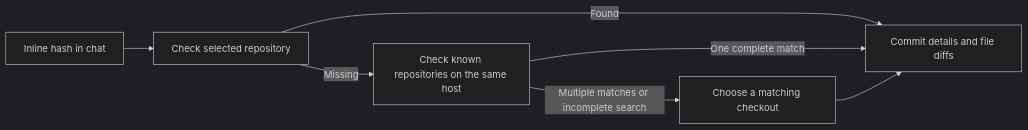
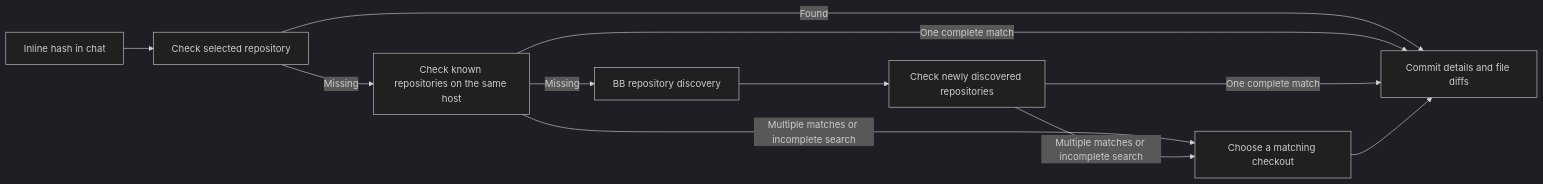
One commit to connorads/dotfiles changed the first of 6 diagrams in src/bb-plugins/git-glance/README.md. Above: the diagram before and after it, drawn with Mermaid (dark theme). The commit also changed other lines of this file and 3 other files, not shown here.

First line of the commit message:
Discover repositories after chat commit lookup misses

````diff
--- a/src/bb-plugins/git-glance/README.md
+++ b/src/bb-plugins/git-glance/README.md
@@ -48,9 +49,13 @@
 ```mermaid
 flowchart LR
   Hash[Inline hash in chat] --> Repository[Check selected repository]
   Repository -->|Found| Commit[Commit details and file diffs]
   Repository -->|Missing| Known[Check known repositories on the same host]
   Known -->|One complete match| Commit
   Known -->|Multiple matches or incomplete search| Choose[Choose a matching checkout]
+  Known -->|Missing| Discover[BB repository discovery]
+  Discover --> Retry[Check newly discovered repositories]
+  Retry -->|One complete match| Commit
+  Retry -->|Multiple matches or incomplete search| Choose
   Choose --> Commit
 ```
````
